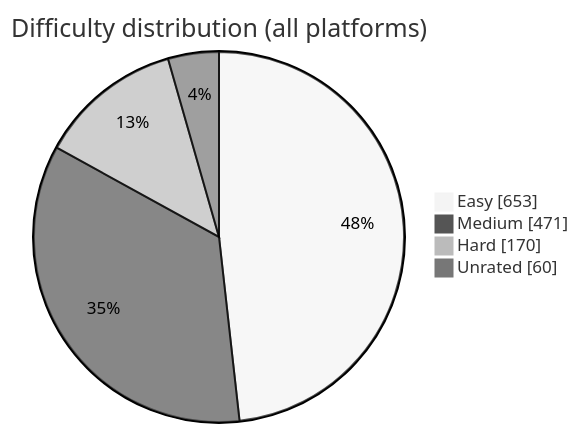
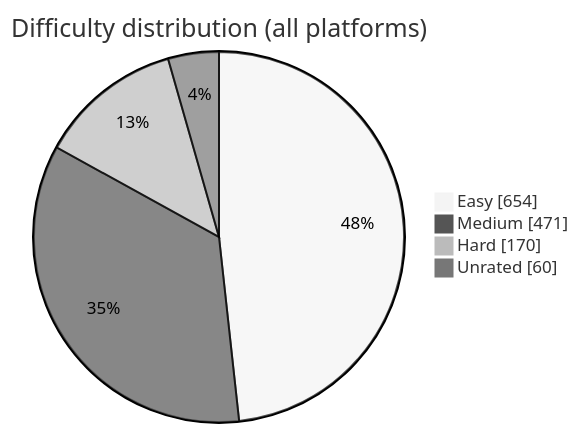
One commit to BuildbyArindam/Daily-Coding-Log changed the diagram in README.md. Above: the diagram before and after it, drawn with Mermaid (neutral theme). The commit also changed other lines of this file, not shown here.

````diff
--- a/README.md
+++ b/README.md
@@ -93,7 +93,7 @@
 ```mermaid
 pie showData title Difficulty distribution (all platforms)
-    "Easy" : 653
+    "Easy" : 654
     "Medium" : 471
     "Hard" : 170
     "Unrated" : 60
 ```
````
